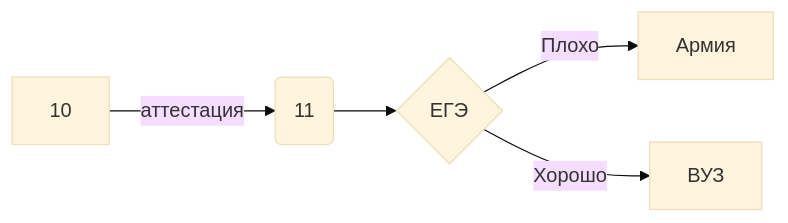
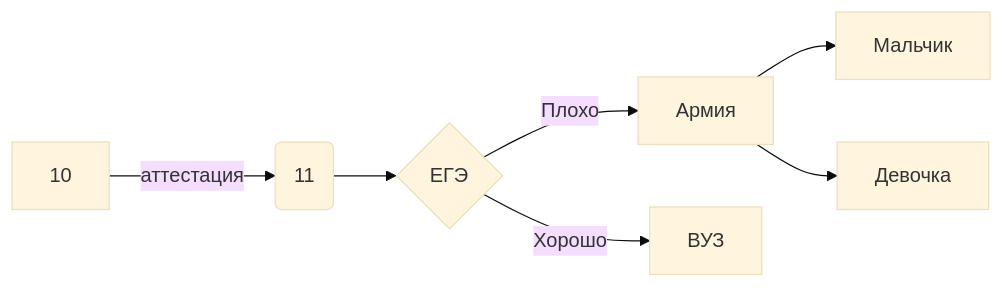
Before and after one commit to VoroninVaycheslav/LearnOfInvormatic: the diagram in README.md, drawn with Mermaid (base theme).

````diff
--- a/README.md
+++ b/README.md
@@ -41,7 +41,9 @@
 ```mermaid
 flowchart LR
 A[10] -->|аттестация| B(11)
 B --> C{ЕГЭ}
 C -->|Плохо| D[Армия]
+D --> G[Мальчик]
+D --> H[Девочка]
 C -->|Хорошо| E[ВУЗ]
 ```
````
